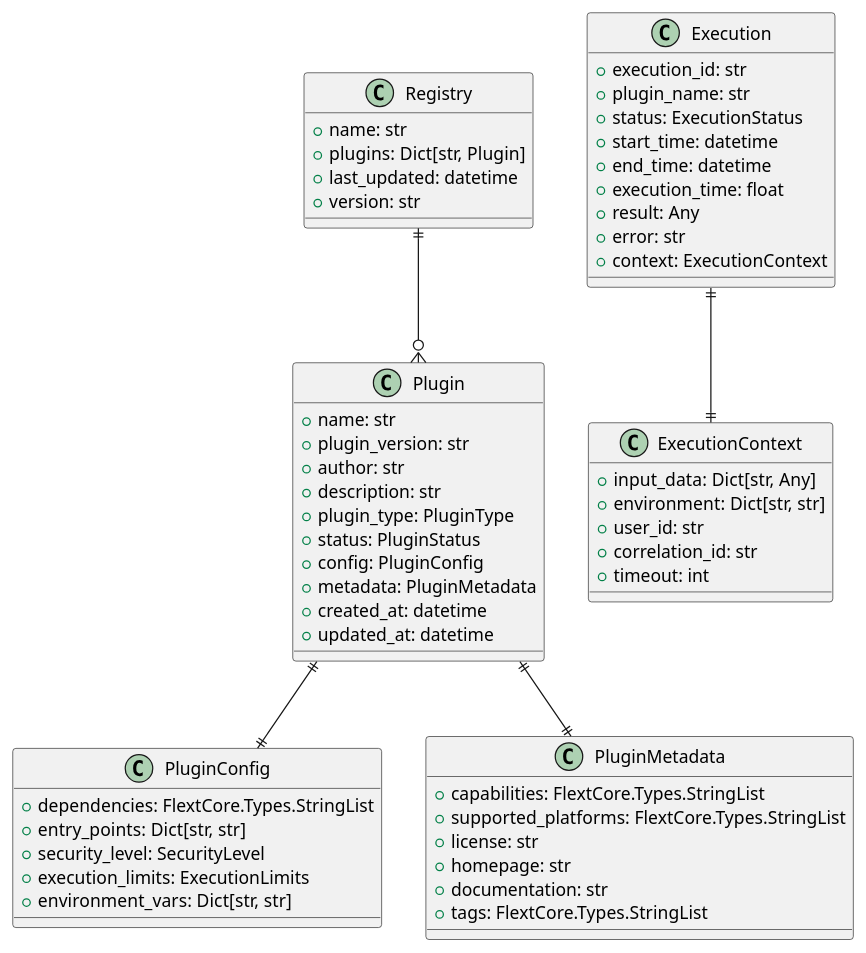
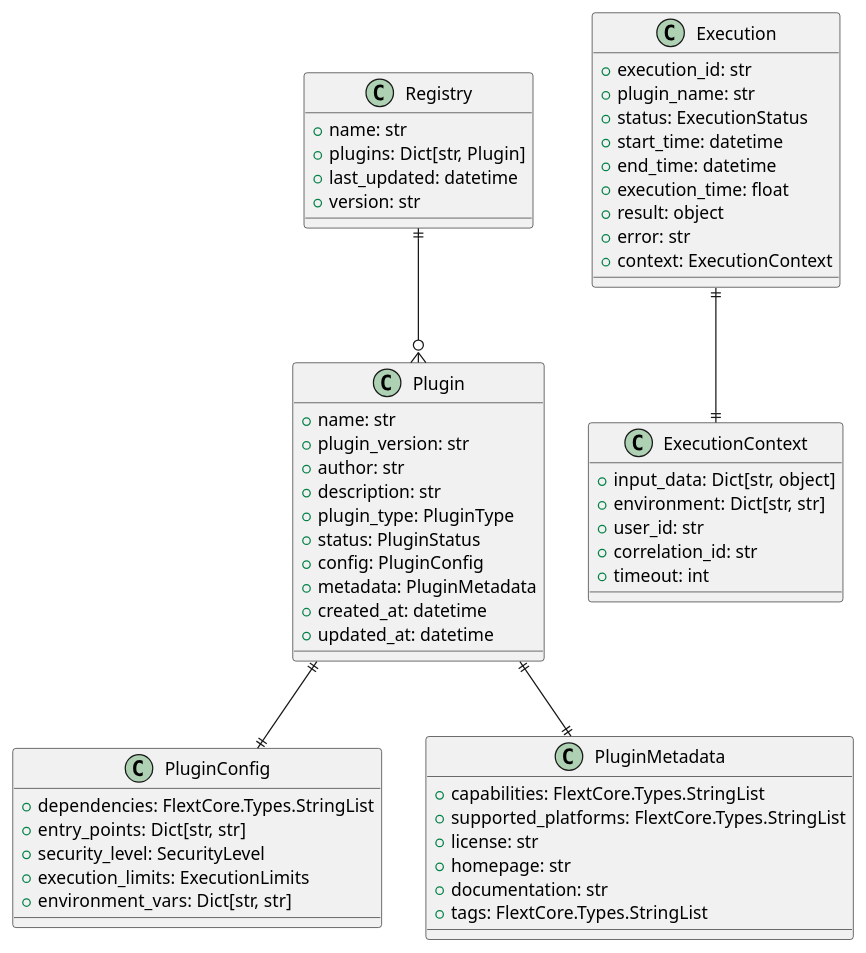
The first of 4 diagrams in docs/architecture/data.md (flext-sh/flext-plugin), drawn with PlantUML before and after one commit. The commit also changed other lines of this file and 4 other files, not shown here.

````diff
--- a/docs/architecture/data.md
+++ b/docs/architecture/data.md
@@ -25,65 +25,65 @@
 ```plantuml
 @startuml Data Model Hierarchy
 class Plugin {
     +name: str
     +plugin_version: str
     +author: str
     +description: str
     +plugin_type: PluginType
     +status: PluginStatus
     +config: PluginConfig
     +metadata: PluginMetadata
     +created_at: datetime
     +updated_at: datetime
 }
 
 class PluginConfig {
     +dependencies: FlextCore.Types.StringList
     +entry_points: Dict[str, str]
     +security_level: SecurityLevel
     +execution_limits: ExecutionLimits
     +environment_vars: Dict[str, str]
 }
 
 class PluginMetadata {
     +capabilities: FlextCore.Types.StringList
     +supported_platforms: FlextCore.Types.StringList
     +license: str
     +homepage: str
     +documentation: str
     +tags: FlextCore.Types.StringList
 }
 
 class Execution {
     +execution_id: str
     +plugin_name: str
     +status: ExecutionStatus
     +start_time: datetime
     +end_time: datetime
     +execution_time: float
-    +result: Any
+    +result: object
     +error: str
     +context: ExecutionContext
 }
 
 class ExecutionContext {
-    +input_data: Dict[str, Any]
+    +input_data: Dict[str, object]
     +environment: Dict[str, str]
     +user_id: str
     +correlation_id: str
     +timeout: int
 }
 
 class Registry {
     +name: str
     +plugins: Dict[str, Plugin]
     +last_updated: datetime
     +version: str
 }
 
 Plugin ||--|| PluginConfig
 Plugin ||--|| PluginMetadata
 Execution ||--|| ExecutionContext
 Registry ||--o{ Plugin
 @enduml
 ```
````
